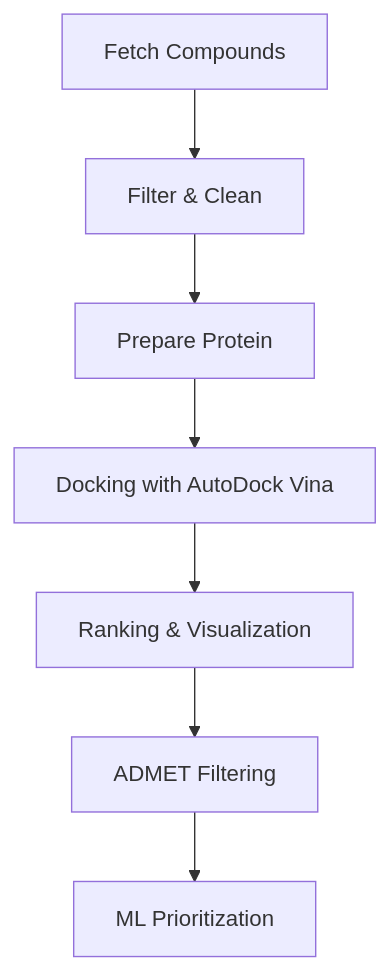
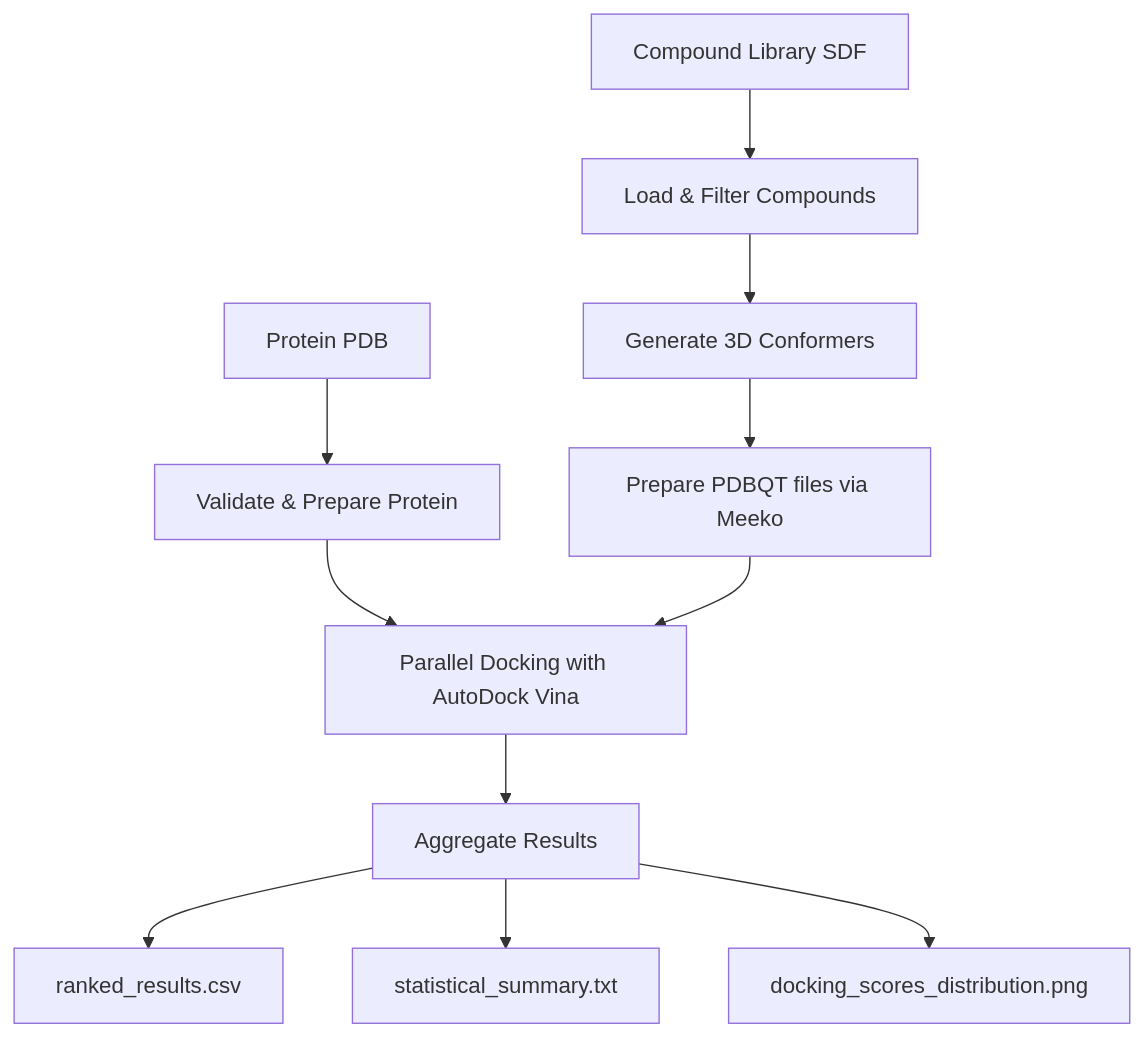
Before and after one commit to cartesianpixels/naturaDock: the diagram in README.md, drawn with Mermaid. The commit also changed other lines of this file, not shown here.

````diff
--- a/README.md
+++ b/README.md
@@ -139,9 +122,13 @@
 ```mermaid
 flowchart TD
-    A[Fetch Compounds] --> B[Filter & Clean]
-    B --> C[Prepare Protein]
-    C --> D[Docking with AutoDock Vina]
-    D --> E[Ranking & Visualization]
-    E --> F[ADMET Filtering]
-    F --> G[ML Prioritization]
+    A[Protein PDB] --> B[Validate & Prepare Protein]
+    C[Compound Library SDF] --> D[Load & Filter Compounds]
+    D --> E[Generate 3D Conformers]
+    E --> F[Prepare PDBQT files via Meeko]
+    B --> G[Parallel Docking with AutoDock Vina]
+    F --> G
+    G --> H[Aggregate Results]
+    H --> I[ranked_results.csv]
+    H --> J[statistical_summary.txt]
+    H --> K[docking_scores_distribution.png]
 ```
````
